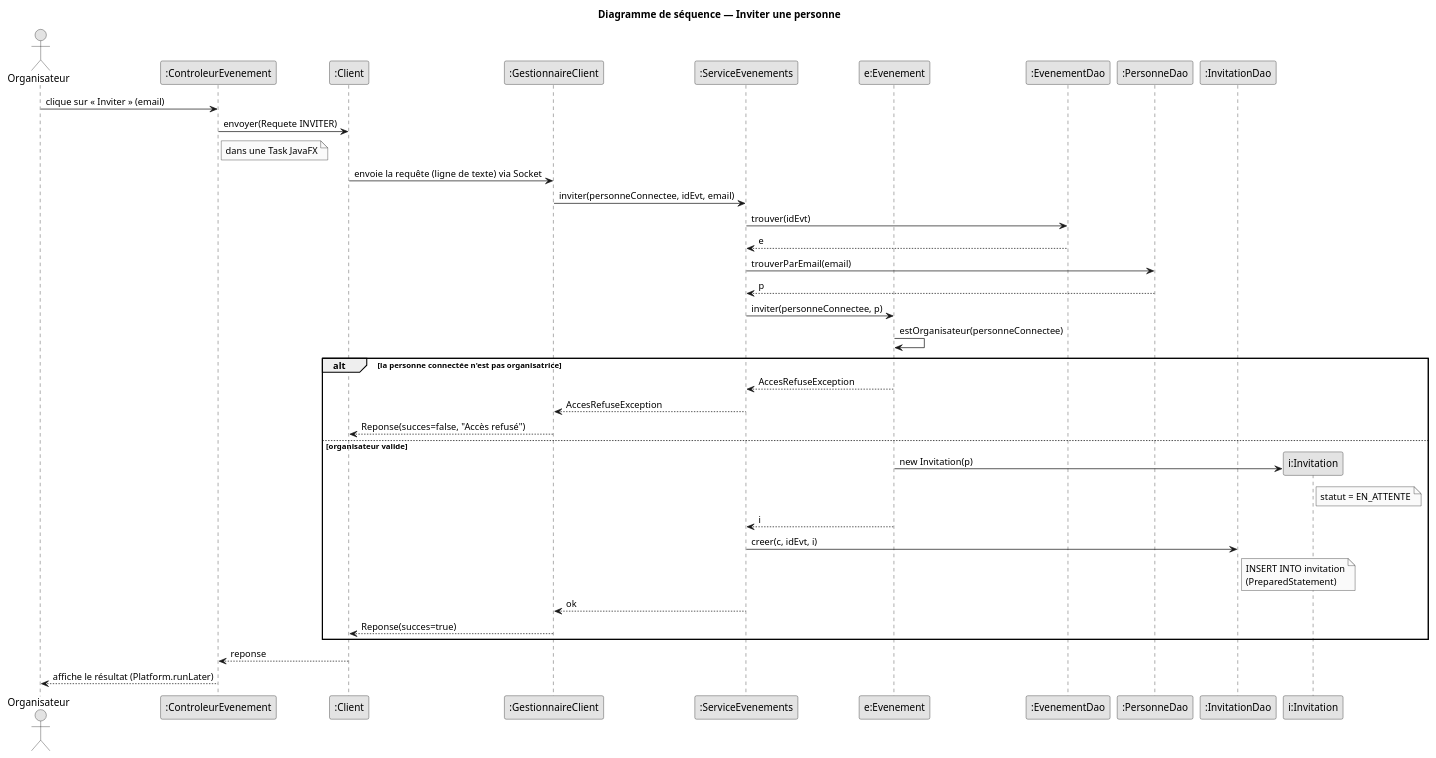
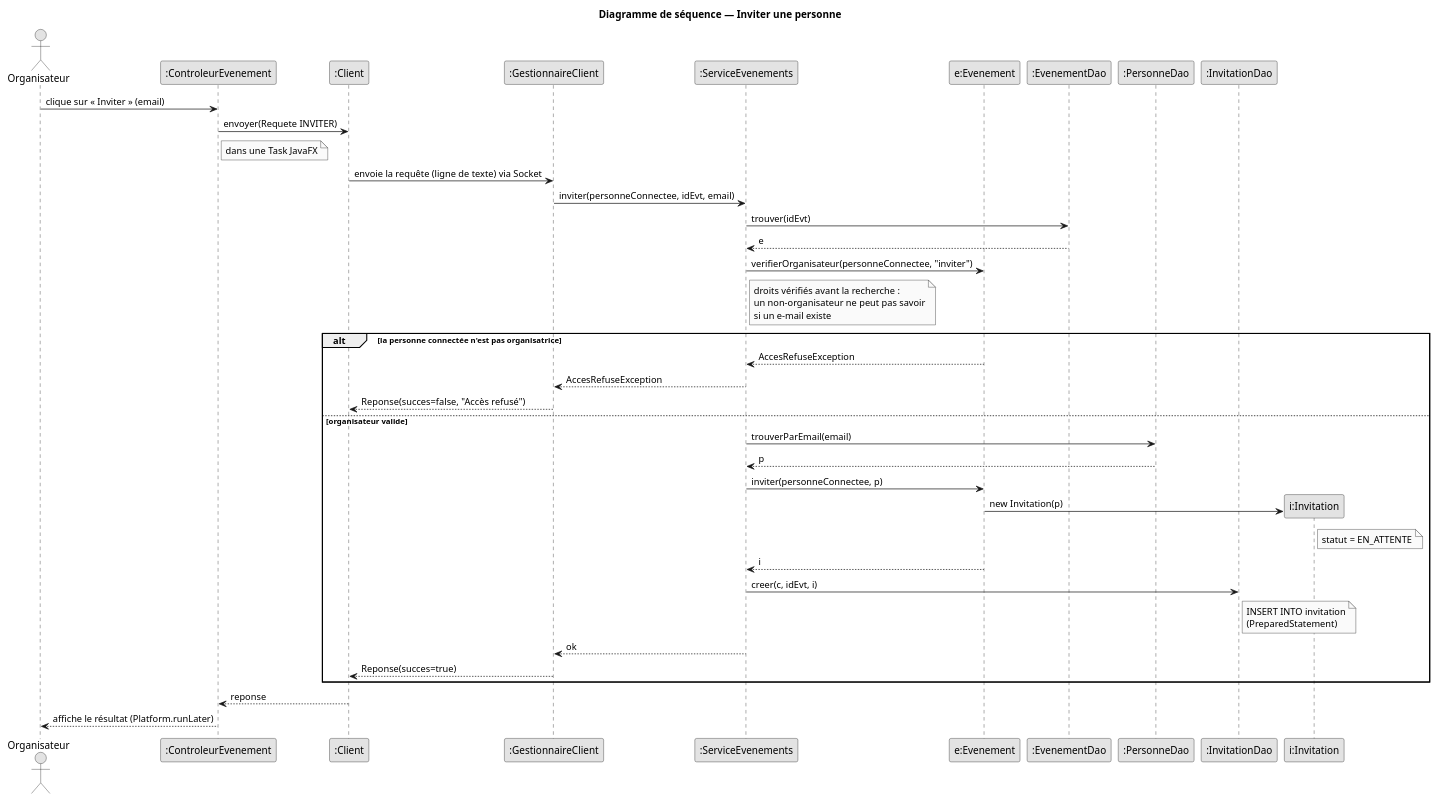
One commit to Tactiis239/gestion-event changed the diagram in doc/uml/sequence-invitation.puml. Above: the diagram before and after it, drawn with PlantUML. The commit also changed 18 other files, not shown here.

```diff
--- a/doc/uml/sequence-invitation.puml
+++ b/doc/uml/sequence-invitation.puml
@@ -1,45 +1,46 @@
 @startuml sequence-invitation
 skinparam shadowing false
 skinparam monochrome true
 skinparam defaultFontName Helvetica
 
 title Diagramme de séquence — Inviter une personne
 
 actor Organisateur
 participant ":ControleurEvenement" as IHM
 participant ":Client" as C
 participant ":GestionnaireClient" as GC
 participant ":ServiceEvenements" as S
 participant "e:Evenement" as E
 participant ":EvenementDao" as D
 participant ":PersonneDao" as P
 participant ":InvitationDao" as ID
 
 Organisateur -> IHM : clique sur « Inviter » (email)
 IHM -> C : envoyer(Requete INVITER)
 note right of IHM : dans une Task JavaFX
 C -> GC : envoie la requête (ligne de texte) via Socket
 GC -> S : inviter(personneConnectee, idEvt, email)
 S -> D : trouver(idEvt)
 D --> S : e
-S -> P : trouverParEmail(email)
-P --> S : p
-S -> E : inviter(personneConnectee, p)
-E -> E : estOrganisateur(personneConnectee)
+S -> E : verifierOrganisateur(personneConnectee, "inviter")
+note right of S : droits vérifiés avant la recherche :\nun non-organisateur ne peut pas savoir\nsi un e-mail existe
 alt la personne connectée n'est pas organisatrice
   E --> S : AccesRefuseException
   S --> GC : AccesRefuseException
   GC --> C : Reponse(succes=false, "Accès refusé")
 else organisateur valide
+  S -> P : trouverParEmail(email)
+  P --> S : p
+  S -> E : inviter(personneConnectee, p)
   create participant "i:Invitation" as I
   E -> I : new Invitation(p)
   note right of I : statut = EN_ATTENTE
   E --> S : i
   S -> ID : creer(c, idEvt, i)
   note right of ID : INSERT INTO invitation\n(PreparedStatement)
   S --> GC : ok
   GC --> C : Reponse(succes=true)
 end
 C --> IHM : reponse
 IHM --> Organisateur : affiche le résultat (Platform.runLater)
 @enduml
```
